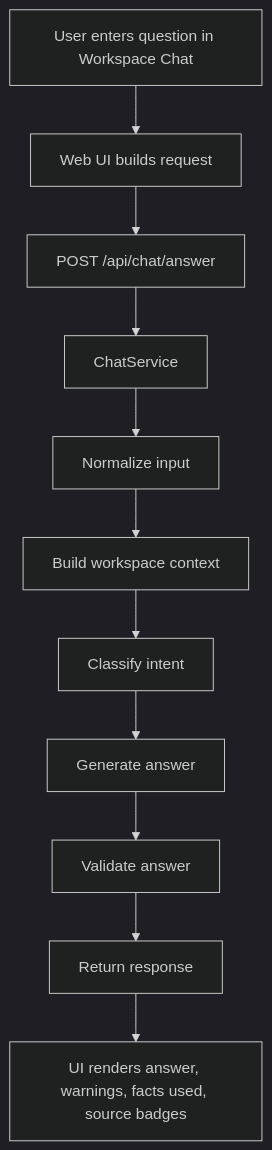
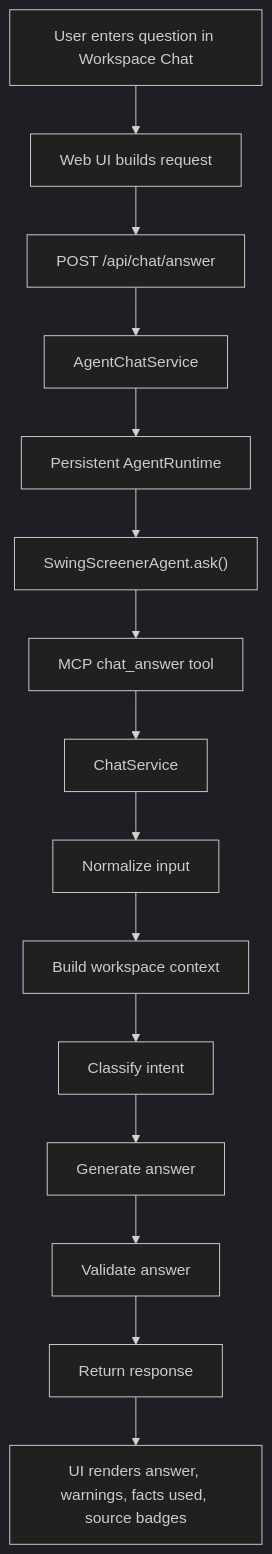
Before and after one commit to matteolongo/swing_screener: the diagram in docs/engineering/WORKSPACE_CHAT_ANALYSIS.md, drawn with Mermaid (dark theme). The commit also changed other lines of this file and 55 other files, not shown here.

Commit message:
Unify chat on MCP agent runtime and trim stale AI docs

````diff
--- a/docs/engineering/WORKSPACE_CHAT_ANALYSIS.md
+++ b/docs/engineering/WORKSPACE_CHAT_ANALYSIS.md
@@ -28,13 +28,17 @@
 ```mermaid
 flowchart TD
     A["User enters question in Workspace Chat"] --> B["Web UI builds request"]
     B --> C["POST /api/chat/answer"]
-    C --> D["ChatService"]
-    D --> E["Normalize input"]
-    E --> F["Build workspace context"]
-    F --> G["Classify intent"]
-    G --> H["Generate answer"]
-    H --> I["Validate answer"]
-    I --> J["Return response"]
-    J --> K["UI renders answer, warnings, facts used, source badges"]
+    C --> D["AgentChatService"]
+    D --> E["Persistent AgentRuntime"]
+    E --> F["SwingScreenerAgent.ask()"]
+    F --> G["MCP chat_answer tool"]
+    G --> H["ChatService"]
+    H --> I["Normalize input"]
+    I --> J["Build workspace context"]
+    J --> K["Classify intent"]
+    K --> L["Generate answer"]
+    L --> M["Validate answer"]
+    M --> N["Return response"]
+    N --> O["UI renders answer, warnings, facts used, source badges"]
 ```
````
